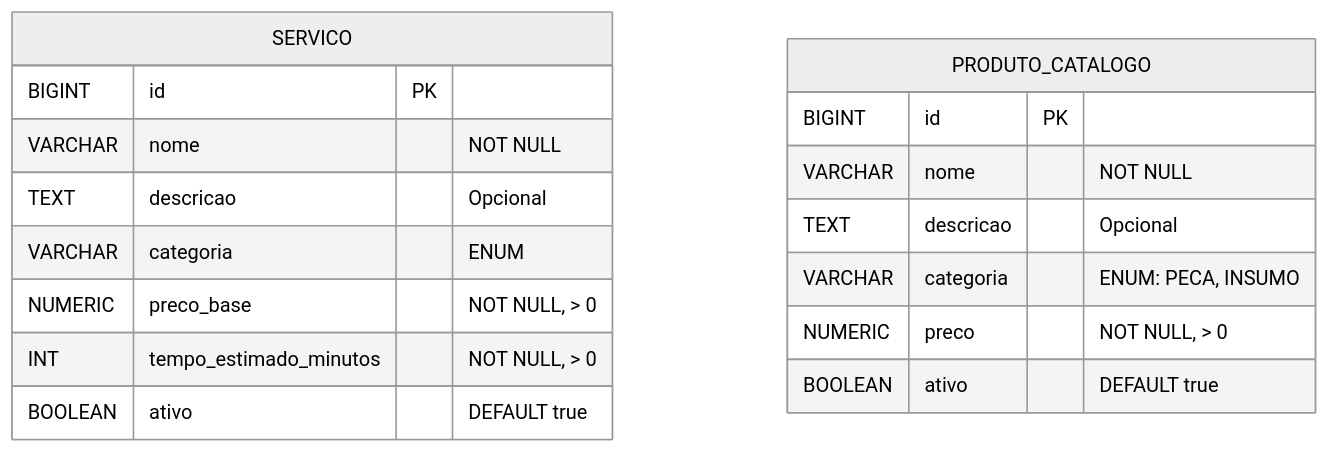
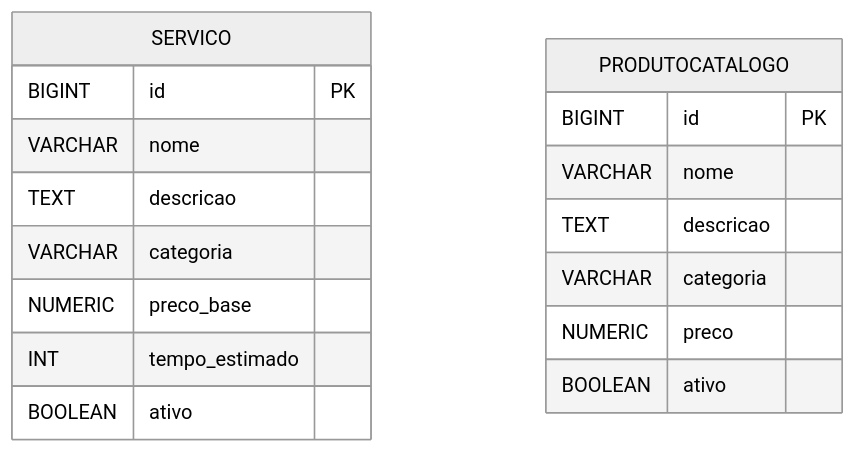
One commit to fiap-soat-grupo36/infra-database changed the fourth of 8 diagrams in docs/diagramas/er-completo.md. Above: the diagram before and after it, drawn with Mermaid (neutral theme). The commit also changed other lines of this file, not shown here.

Commit message:
fix: corrige diagramas ER para compatibilidade com GitHub Mermaid (remove underscores dos nomes)

````diff
--- a/docs/diagramas/er-completo.md
+++ b/docs/diagramas/er-completo.md
@@ -214,21 +236,21 @@
 ```mermaid
 erDiagram
     SERVICO {
         BIGINT id PK
-        VARCHAR nome "NOT NULL"
-        TEXT descricao "Opcional"
-        VARCHAR categoria "ENUM"
-        NUMERIC preco_base "NOT NULL, > 0"
-        INT tempo_estimado_minutos "NOT NULL, > 0"
-        BOOLEAN ativo "DEFAULT true"
+        VARCHAR nome
+        TEXT descricao
+        VARCHAR categoria
+        NUMERIC preco_base
+        INT tempo_estimado
+        BOOLEAN ativo
     }
 
-    PRODUTO_CATALOGO {
+    PRODUTOCATALOGO {
         BIGINT id PK
-        VARCHAR nome "NOT NULL"
-        TEXT descricao "Opcional"
-        VARCHAR categoria "ENUM: PECA, INSUMO"
-        NUMERIC preco "NOT NULL, > 0"
-        BOOLEAN ativo "DEFAULT true"
+        VARCHAR nome
+        TEXT descricao
+        VARCHAR categoria
+        NUMERIC preco
+        BOOLEAN ativo
     }
 ```
````
